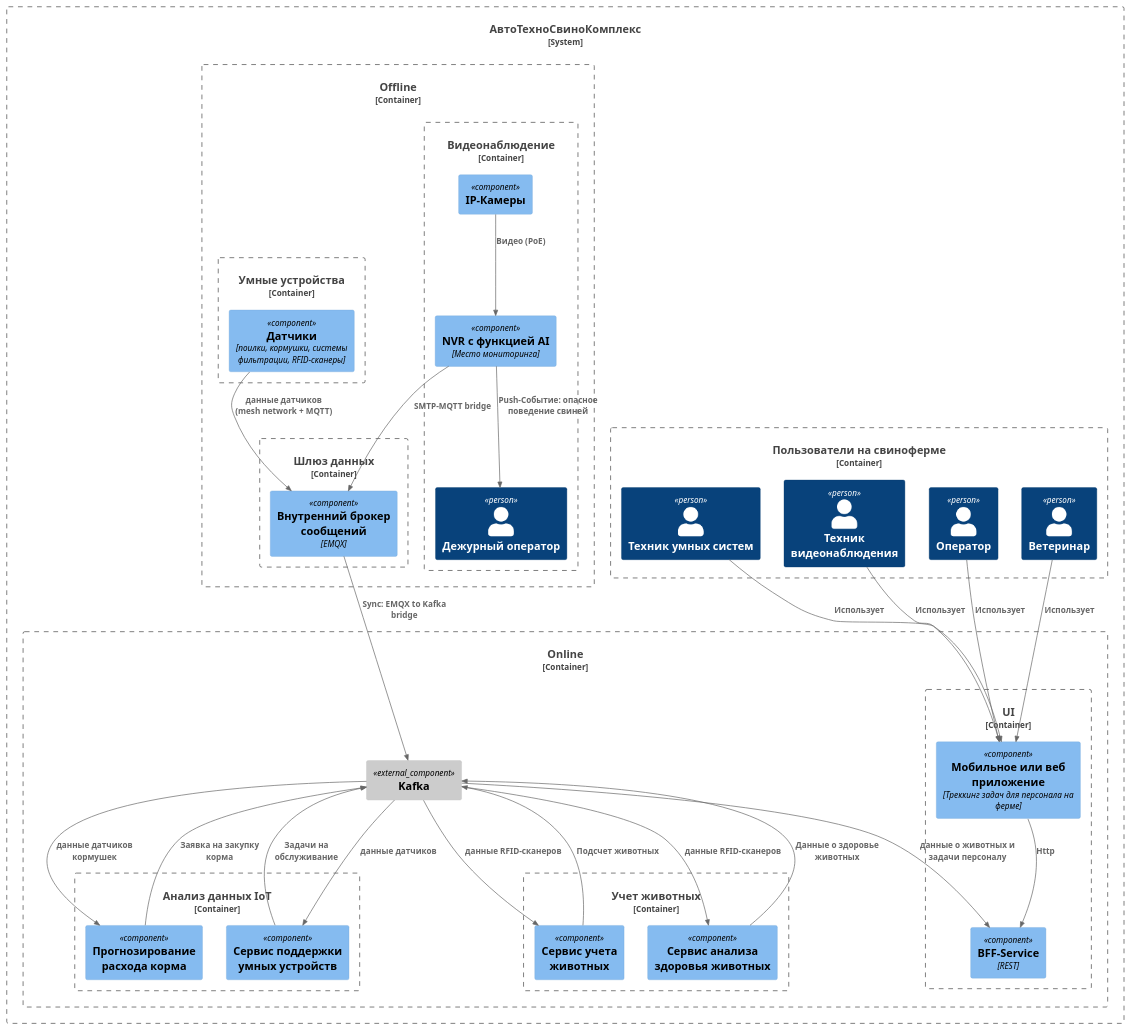
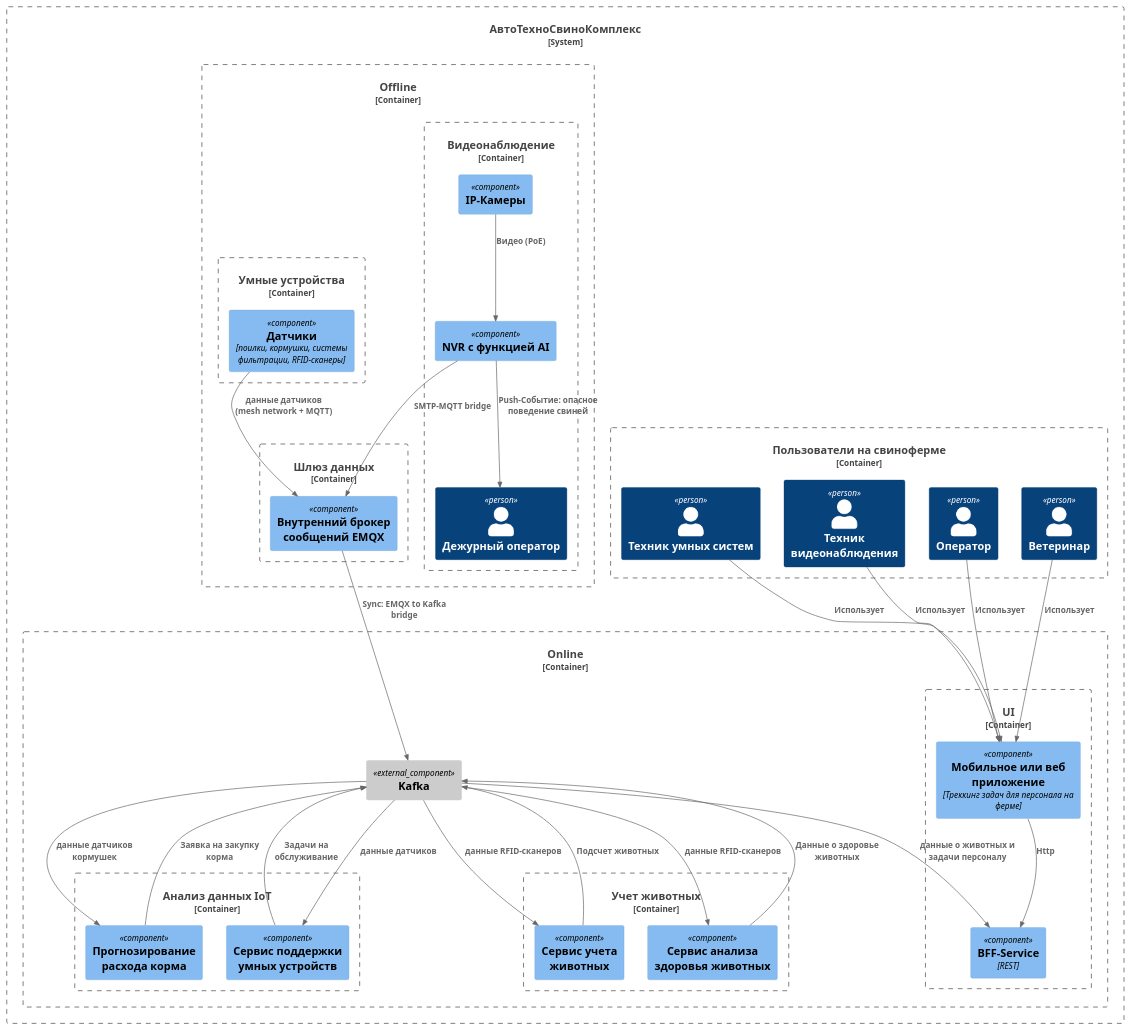
One commit to mirray/MSA-AgroTech changed the diagram in Task3/ATCK_C4_Components.puml. Above: the diagram before and after it, drawn with PlantUML.

Commit message:
edit task3

```diff
--- a/Task3/ATCK_C4_Components.puml
+++ b/Task3/ATCK_C4_Components.puml
@@ -1,64 +1,64 @@
 @startuml Архитектура_АвтоТехноСвиноКомплекс_v1
 !include <C4/C4_Component>
 
 System_Boundary(atck, "АвтоТехноСвиноКомплекс"){
     Container_Boundary(c_stuff, "Пользователи на свиноферме"){
         Person(technican, "Техник умных систем")
         Person(cv_technican, "Техник видеонаблюдения")
         Person(operator, "Оператор")
         Person(vet, "Ветеринар")
     }
     Container_Boundary(offline, "Offline"){
         Container_Boundary(c_events, "Шлюз данных"){
-            Component(c_events_broker, "Внутренний брокер сообщений","EMQX")
+            Component(c_events_broker, "Внутренний брокер сообщений EMQX")
         }
         Container_Boundary(c_video, "Видеонаблюдение"){
             Person(duty_operator, "Дежурный оператор")
             Component(c_video_camera, "IP-Камеры")
-            Component(c_video_nvr, "NVR с функцией AI", "Место мониторинга")
+            Component(c_video_nvr, "NVR с функцией AI")
             Rel(c_video_camera, c_video_nvr, "Видео (PoE)")
             Rel(c_video_nvr, duty_operator, "Push-Событие: опасное поведение свиней")
             Rel(c_video_nvr, c_events_broker, "SMTP-MQTT bridge")
         }
         Container_Boundary(c_iot, "Умные устройства"){
             Component(с_iot_devices, "Датчики","поилки, кормушки, системы фильтрации, RFID-сканеры")
             Rel(с_iot_devices, c_events_broker, "данные датчиков (mesh network + MQTT)")
         } 
     }
     
     Container_Boundary(online, "Online"){
         Component_Ext(c_events_broker_kafka, "Kafka")
         Rel(c_events_broker, c_events_broker_kafka, "Sync: EMQX to Kafka bridge")
         Container_Boundary(ui, "UI"){
             Component(app, "Мобильное или веб приложение", "Треккинг задач для персонала на ферме")
             Rel(cv_technican, app, "Использует")
             Rel(technican, app, "Использует")
             Rel(operator, app, "Использует")
             Rel(vet, app, "Использует")
             Component(api_gateaway, "BFF-Service", "REST")
             Rel(app, api_gateaway, "Http")
             Rel(c_events_broker_kafka, api_gateaway, "данные о животных и задачи персоналу") 
         }
         
         Container_Boundary(c_analysis, "Анализ данных IoT") {
             Component(c_iot_analysis, "Сервис поддержки умных устройств")
             Rel(c_events_broker_kafka, c_iot_analysis, "данные датчиков")
             Rel(c_iot_analysis, c_events_broker_kafka, "Задачи на обслуживание")
 
             Component(c_feeding_analysis, "Прогнозирование расхода корма")
             Rel(c_events_broker_kafka, c_feeding_analysis, "данные датчиков кормушек")
             Rel(c_feeding_analysis, c_events_broker_kafka, "Заявка на закупку корма")
         }
          Container_Boundary(c_registry, "Учет животных"){
             Component(c_registry_identity, "Сервис учета животных")
             Component(c_registry_health, "Сервис анализа здоровья животных")
             
             Rel(c_events_broker_kafka, c_registry_identity, "данные RFID-сканеров")
             Rel(c_registry_identity, c_events_broker_kafka, "Подсчет животных")
             Rel(c_events_broker_kafka, c_registry_health, "данные RFID-сканеров")
             Rel(c_registry_health, c_events_broker_kafka, "Данные о здоровье животных")
         }
     }
 }
 
 @enduml
```
